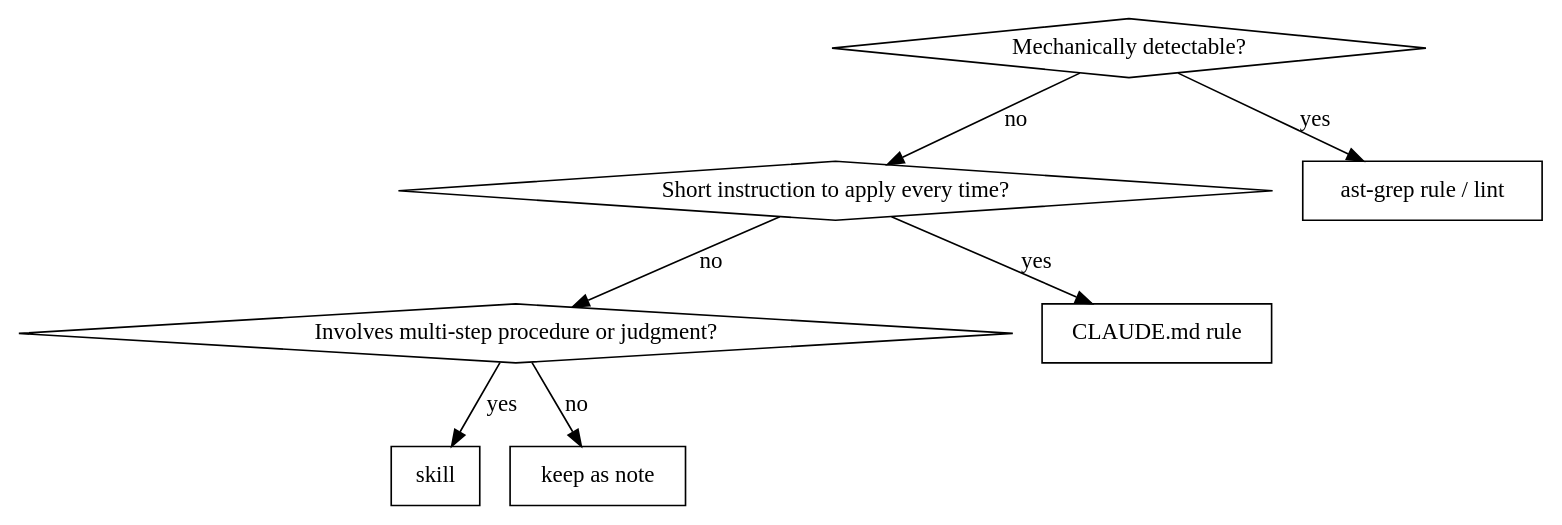
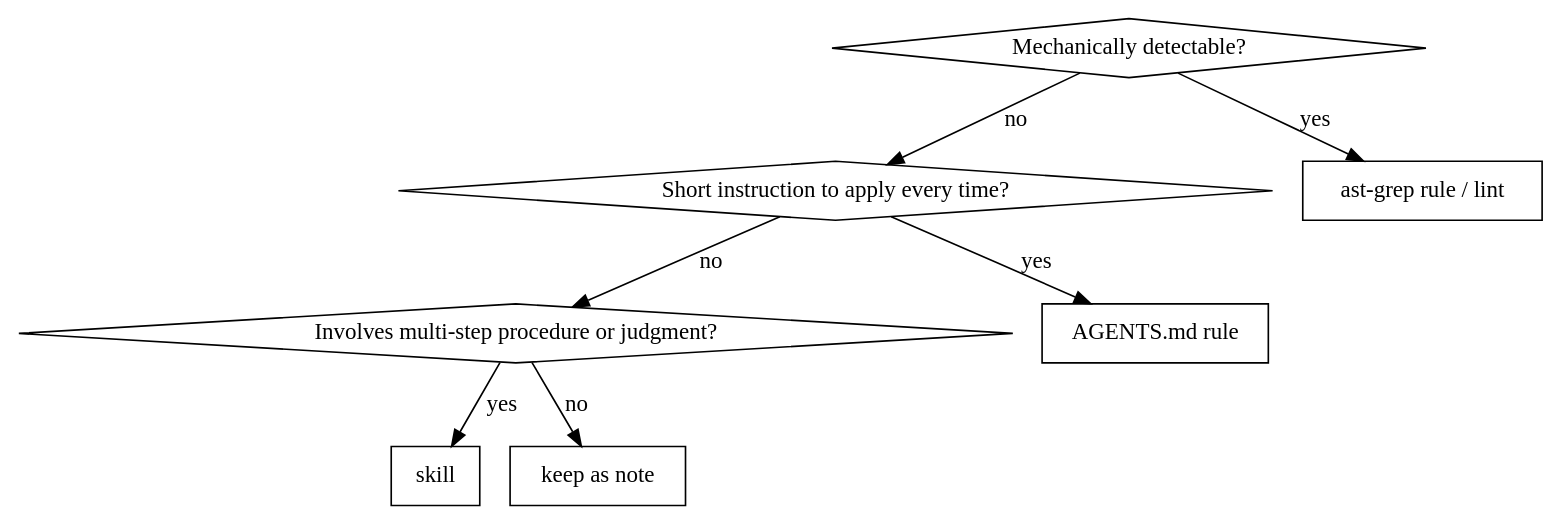
One commit to kishimin-ai-create/ai-skills-for-codex changed the diagram in retrospective-codify/SKILL.md. Above: the diagram before and after it, drawn with Graphviz. The commit also changed other lines of this file and 10 other files, not shown here.

````diff
--- a/retrospective-codify/SKILL.md
+++ b/retrospective-codify/SKILL.md
@@ -61,18 +61,18 @@
 ```dot
 digraph classify {
     "Mechanically detectable?" [shape=diamond];
     "Short instruction to apply every time?" [shape=diamond];
     "Involves multi-step procedure or judgment?" [shape=diamond];
     "ast-grep rule / lint" [shape=box];
-    "CLAUDE.md rule" [shape=box];
+    "AGENTS.md rule" [shape=box];
     "skill" [shape=box];
     "keep as note" [shape=box];
 
     "Mechanically detectable?" -> "ast-grep rule / lint" [label="yes"];
     "Mechanically detectable?" -> "Short instruction to apply every time?" [label="no"];
-    "Short instruction to apply every time?" -> "CLAUDE.md rule" [label="yes"];
+    "Short instruction to apply every time?" -> "AGENTS.md rule" [label="yes"];
     "Short instruction to apply every time?" -> "Involves multi-step procedure or judgment?" [label="no"];
     "Involves multi-step procedure or judgment?" -> "skill" [label="yes"];
     "Involves multi-step procedure or judgment?" -> "keep as note" [label="no"];
 }
 ```
````
